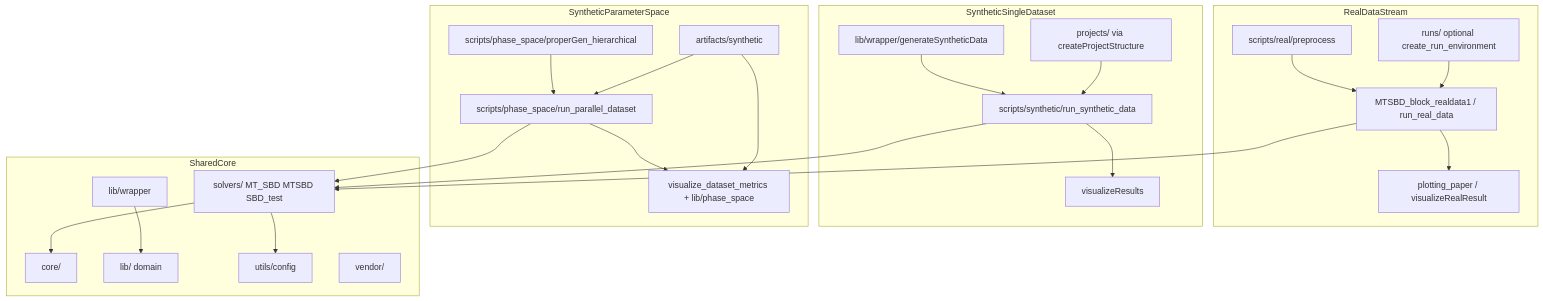
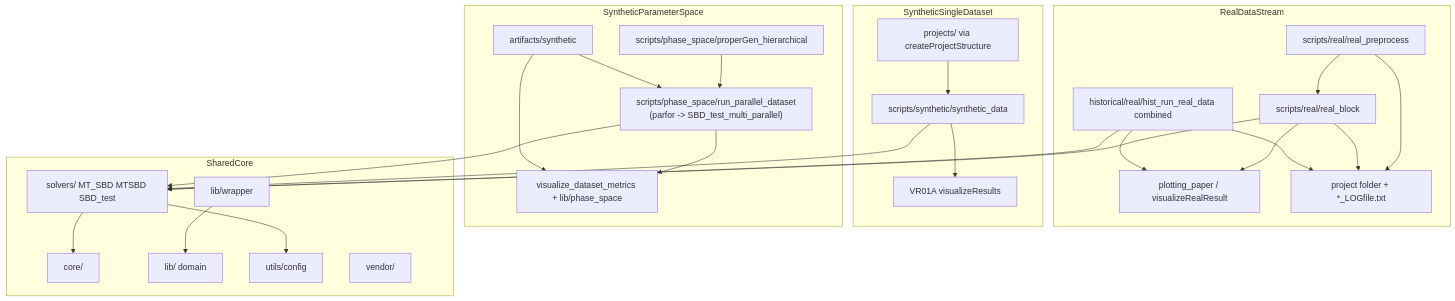
One commit to Plswearpants/MC-SBD-STM changed the diagram in docs/REPO_STRUCTURE_DAG.md. Above: the diagram before and after it, drawn with Mermaid. The commit also changed other lines of this file and 48 other files, not shown here.

Commit message:
Finalized Syn/Real/Phase space reorg

````diff
--- a/docs/REPO_STRUCTURE_DAG.md
+++ b/docs/REPO_STRUCTURE_DAG.md
@@ -9,46 +9,50 @@
 ```mermaid
 flowchart TB
   subgraph real [RealDataStream]
-    Rpre[scripts/real/preprocess]
-    Rrun[MTSBD_block_realdata1 / run_real_data]
+    Rpre[scripts/real/real_preprocess]
+    Rrun[scripts/real/real_block]
+    Rfull[historical/real/hist_run_real_data combined]
     Rviz[plotting_paper / visualizeRealResult]
-    Renv[runs/ optional create_run_environment]
+    Rproj["project folder + *_LOGfile.txt"]
     Rpre --> Rrun --> Rviz
-    Renv --> Rrun
+    Rfull --> Rviz
+    Rpre --> Rproj
+    Rrun --> Rproj
+    Rfull --> Rproj
   end
 
   subgraph synOne [SyntheticSingleDataset]
-    Sgen[lib/wrapper/generateSyntheticData]
-    Srun[scripts/synthetic/run_synthetic_data]
-    Sviz[visualizeResults]
+    Srun[scripts/synthetic/synthetic_data]
+    Sviz[VR01A visualizeResults]
     Sproj[projects/ via createProjectStructure]
-    Sgen --> Srun --> Sviz
+    Srun --> Sviz
     Sproj --> Srun
   end
 
   subgraph synBatch [SyntheticParameterSpace]
     Bgen[scripts/phase_space/properGen_hierarchical]
-    Brun[scripts/phase_space/run_parallel_dataset]
+    Brun["scripts/phase_space/run_parallel_dataset\n(parfor -> SBD_test_multi_parallel)"]
     Bviz[visualize_dataset_metrics + lib/phase_space]
     Bdata[artifacts/synthetic]
     Bgen --> Brun --> Bviz
     Bdata --> Brun
     Bdata --> Bviz
   end
 
   subgraph shared [SharedCore]
     Core[core/]
     Lib[lib/ domain]
     Wrap[lib/wrapper]
     Utils[utils/config]
     Algo[solvers/ MT_SBD MTSBD SBD_test]
     Vendor[vendor/]
   end
 
   Rrun --> Algo
+  Rfull --> Algo
   Srun --> Algo
   Brun --> Algo
   Wrap --> Lib
   Algo --> Core
   Algo --> Utils
 ```
````
